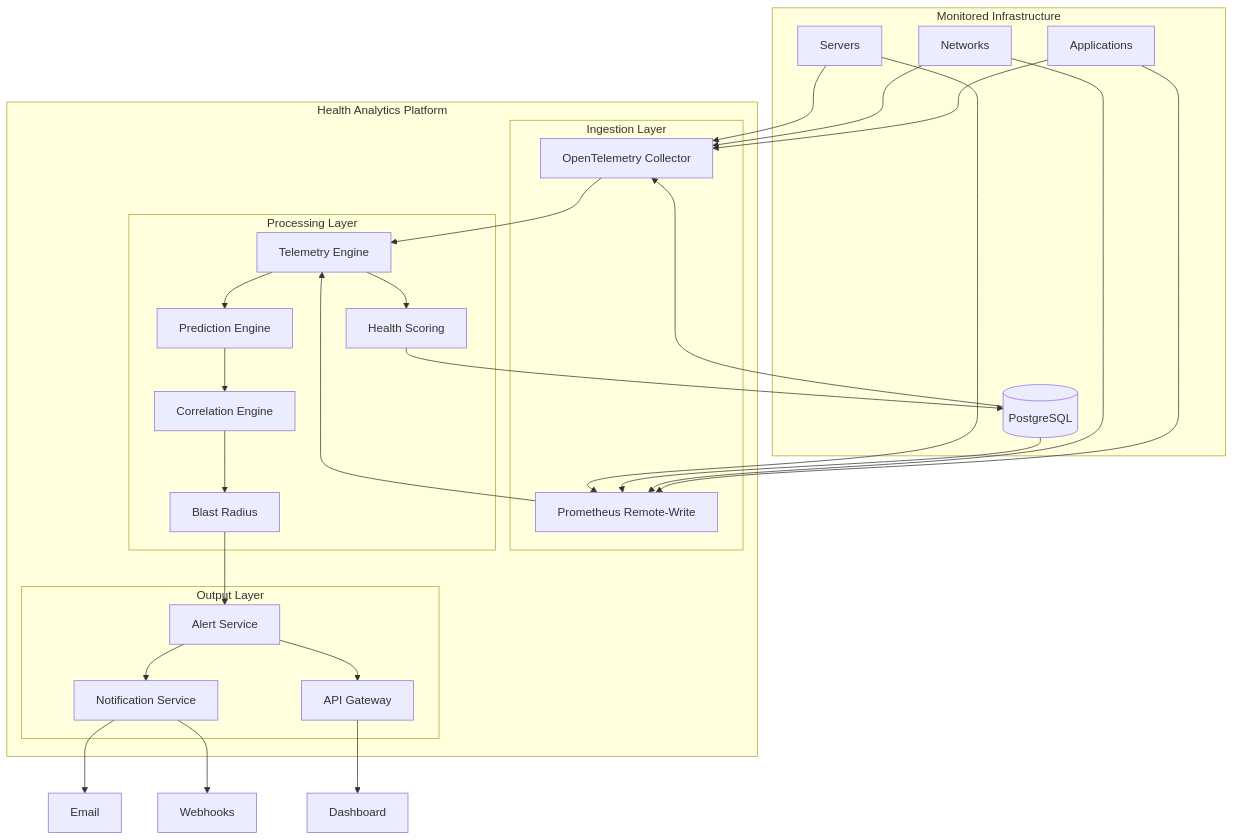
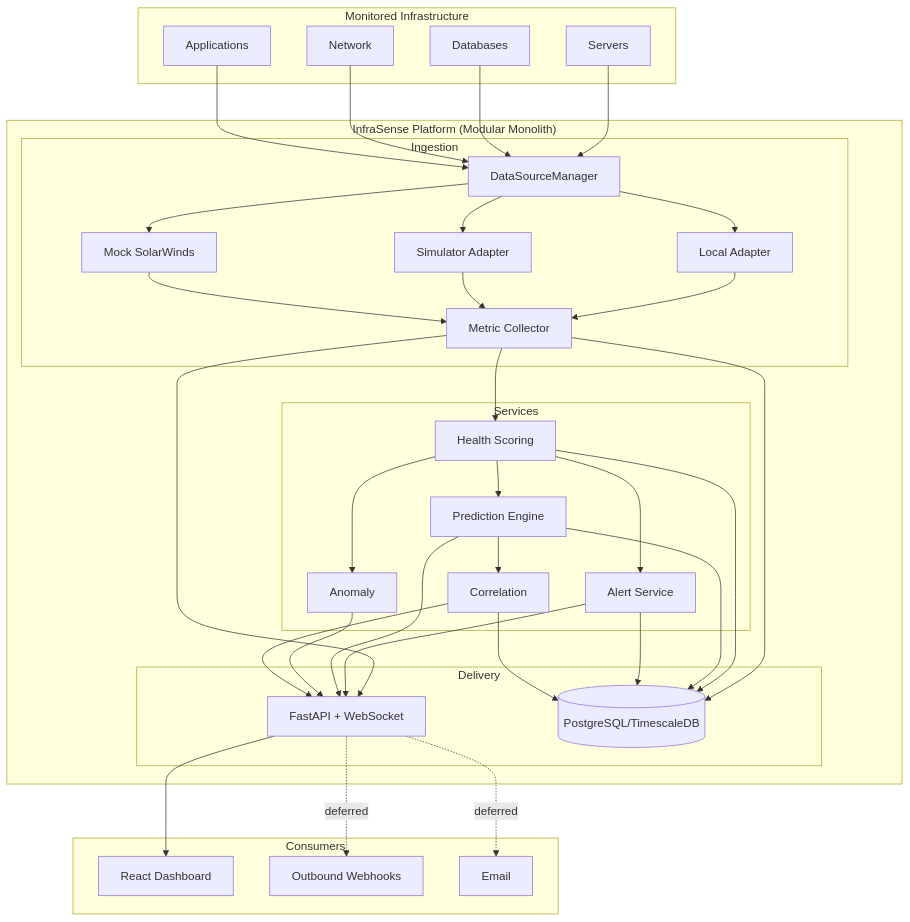
The first of 3 diagrams in _bmad-output/planning-artifacts/architecture/architecture-health-analytics-platform-2026-08-10/ARCHITECTURE-SPINE.md (Sheetal-1773/InfraSense-Group3), drawn with Mermaid before and after one commit. The commit also changed other lines of this file and 192 other files, not shown here.

Commit message:
Update InfraSense latest project

````diff
--- a/_bmad-output/planning-artifacts/architecture/architecture-health-analytics-platform-2026-08-10/ARCHITECTURE-SPINE.md
+++ b/_bmad-output/planning-artifacts/architecture/architecture-health-analytics-platform-2026-08-10/ARCHITECTURE-SPINE.md
@@ -219,54 +183,30 @@
 ```mermaid
 flowchart TB
     subgraph "Monitored Infrastructure"
-        S[Servers]
-        DB[Databases]
-        NW[Networks]
-        APP[Applications]
+        S[Servers] ; D[Databases] ; NW[Network] ; A[Applications]
+    end
+    subgraph "InfraSense Platform (Modular Monolith)"
+        subgraph "Ingestion"
+            DS[DataSourceManager] ; LC[Local Adapter] ; SIM[Simulator Adapter] ; SW[Mock SolarWinds] ; COL[Metric Collector]
+        end
+        subgraph "Services"
+            HS[Health Scoring] ; PE[Prediction Engine] ; AS[Alert Service] ; AN[Anomaly] ; CE[Correlation]
+        end
+        subgraph "Delivery"
+            API[FastAPI + WebSocket] ; DB[(PostgreSQL/TimescaleDB)]
+        end
+    end
+    subgraph "Consumers"
+        SPA[React Dashboard] ; WEBHOOK[Outbound Webhooks] ; EMAIL[Email]
     end
 
-    subgraph "Health Analytics Platform"
-        subgraph "Ingestion Layer"
-            OT[OpenTelemetry Collector]
-            PW[Prometheus Remote-Write]
-        end
-
-        subgraph "Processing Layer"
-            TE[Telemetry Engine]
-            HS[Health Scoring]
-            PE[Prediction Engine]
-            CE[Correlation Engine]
-            BR[Blast Radius]
-        end
-
-        subgraph "Output Layer"
-            AS[Alert Service]
-            NS[Notification Service]
-            API[API Gateway]
-            DB[(PostgreSQL)]
-        end
-    end
-
-    S --> OT
-    DB --> OT
-    NW --> OT
-    APP --> OT
-    S --> PW
-    DB --> PW
-    NW --> PW
-    APP --> PW
-
-    OT --> TE
-    PW --> TE
-    TE --> HS
-    TE --> PE
-    HS --> DB
-    PE --> CE
-    CE --> BR
-    BR --> AS
-    AS --> NS
-    AS --> API
-    NS --> EMAIL[Email]
-    NS --> WEB[Webhooks]
-    API --> DASH[Dashboard]
+    S --> DS ; D --> DS ; NW --> DS ; A --> DS
+    DS --> LC ; DS --> SIM ; DS --> SW
+    LC --> COL ; SIM --> COL ; SW --> COL
+    COL --> DB ; COL --> HS ; COL --> API
+    HS --> AS ; HS --> PE ; HS --> AN ; PE --> CE
+    AS --> API ; PE --> API ; AN --> API ; CE --> API
+    HS --> DB ; PE --> DB ; AS --> DB ; CE --> DB
+    API --> SPA
+    API -.->|deferred| WEBHOOK ; API -.->|deferred| EMAIL
 ```
````
